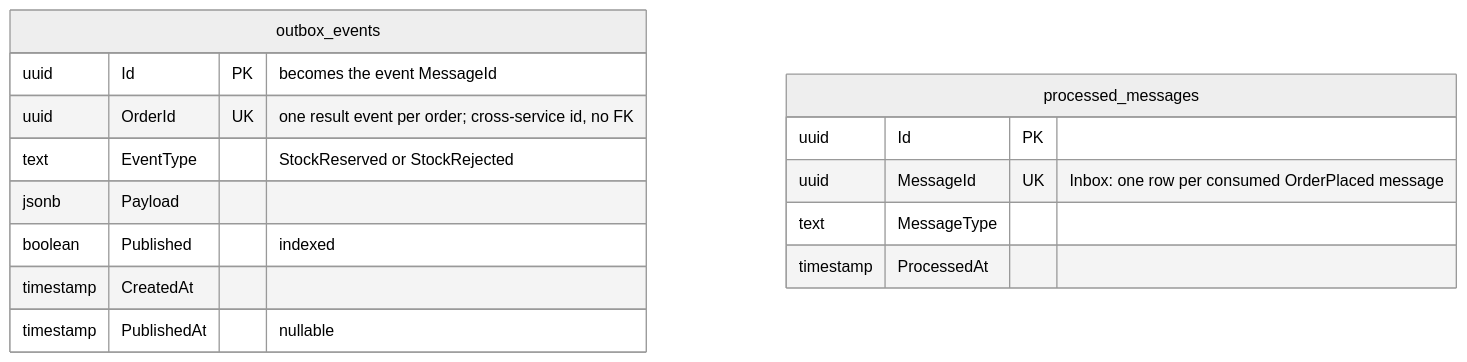
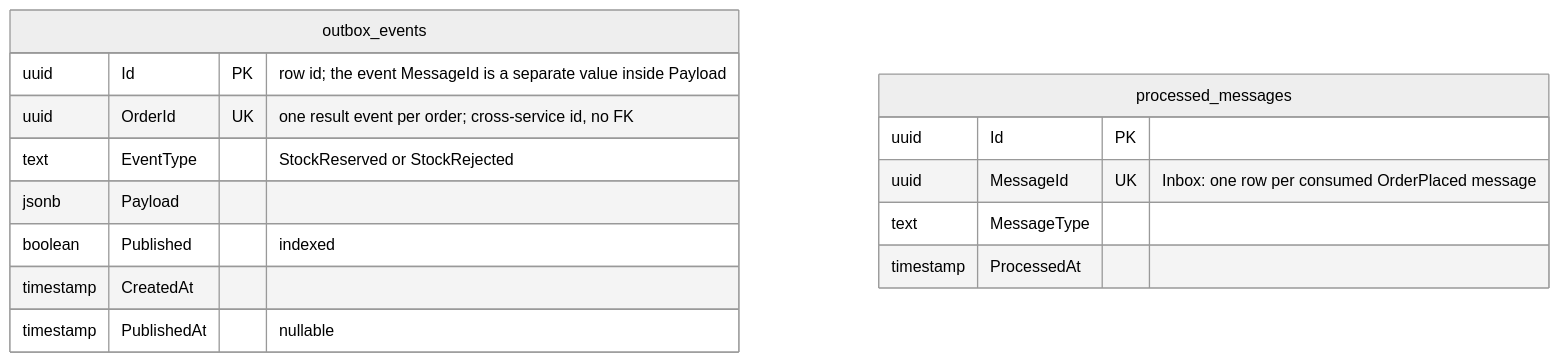
One commit to VuTanMinh/flash-sale-microservices changed the second of 3 diagrams in docs/erd.md. Above: the diagram before and after it, drawn with Mermaid (neutral theme). The commit also changed other lines of this file and 5 other files, not shown here.

Commit message:
docs: correct MessageId origin in ERD and event contract (it is generated with the Outbox row and stored in Payload, not the Outbox row id)

````diff
--- a/docs/erd.md
+++ b/docs/erd.md
@@ -60,18 +60,18 @@
 ```mermaid
 erDiagram
     outbox_events {
-        uuid Id PK "becomes the event MessageId"
+        uuid Id PK "row id; the event MessageId is a separate value inside Payload"
         uuid OrderId UK "one result event per order; cross-service id, no FK"
         text EventType "StockReserved or StockRejected"
         jsonb Payload
         boolean Published "indexed"
         timestamp CreatedAt
         timestamp PublishedAt "nullable"
     }
     processed_messages {
         uuid Id PK
         uuid MessageId UK "Inbox: one row per consumed OrderPlaced message"
         text MessageType
         timestamp ProcessedAt
     }
 ```
````
